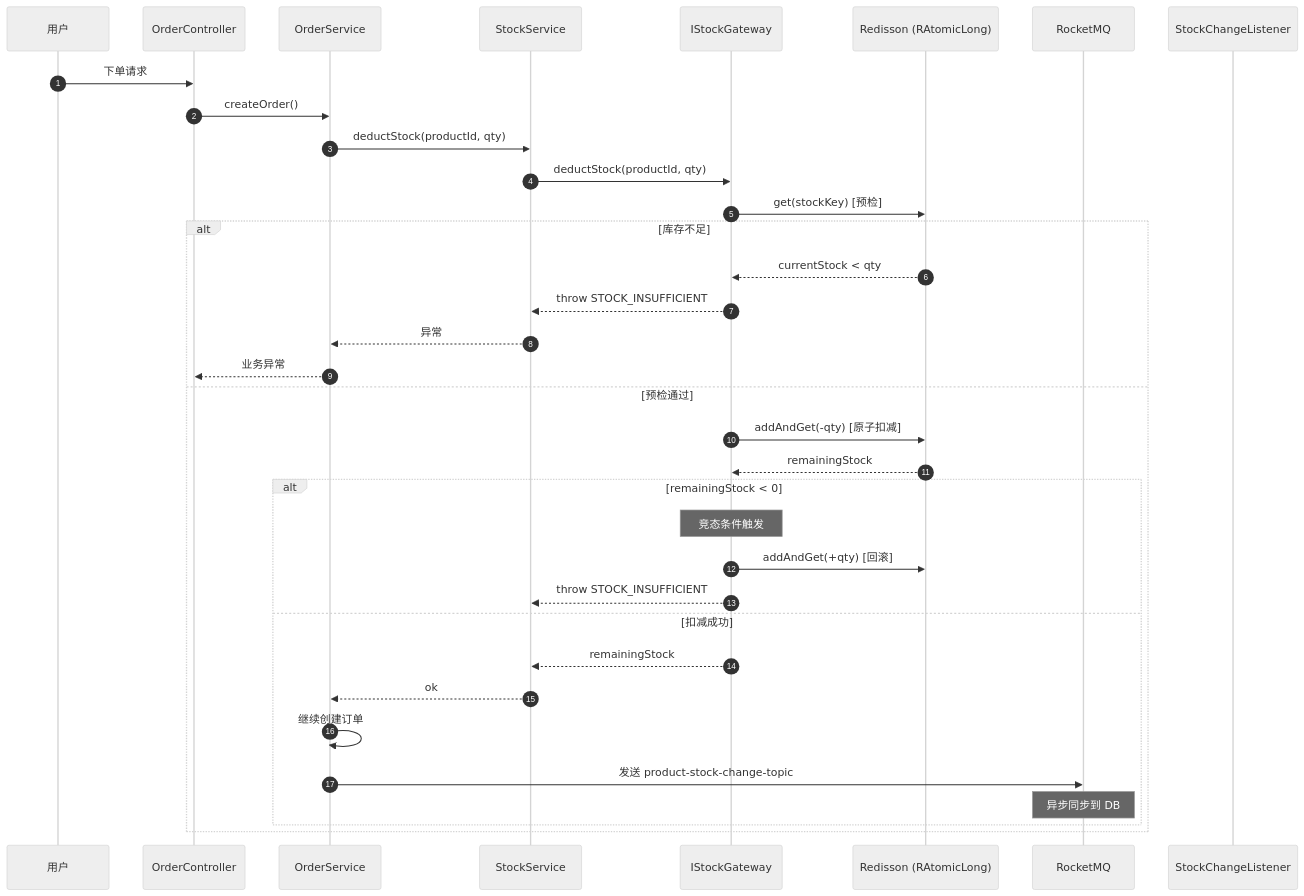
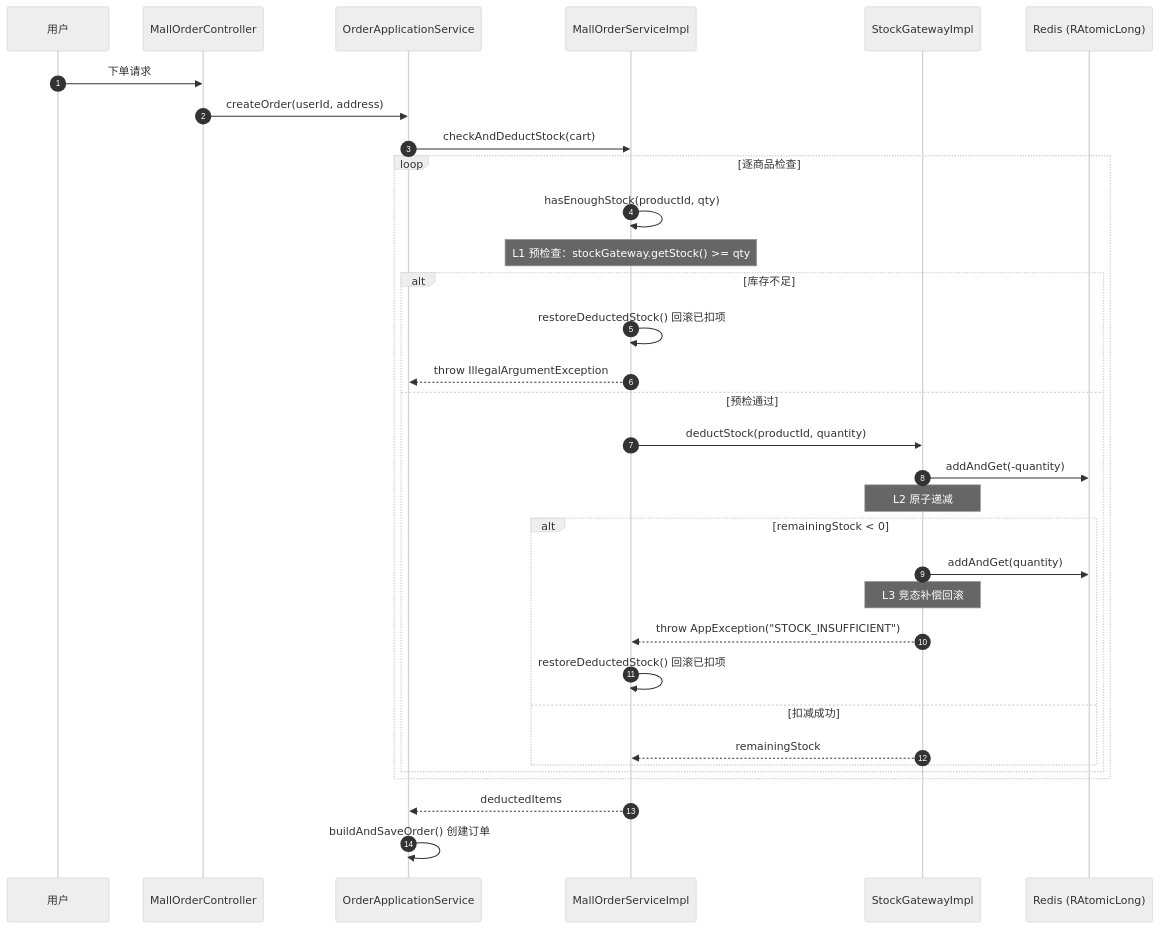
One commit to sxlva/s-pay-mall changed the first of 4 diagrams in docs/design/module-stock.md. Above: the diagram before and after it, drawn with Mermaid (neutral theme). The commit also changed other lines of this file and 9 other files, not shown here.

````diff
--- a/docs/design/module-stock.md
+++ b/docs/design/module-stock.md
@@ -30,39 +30,38 @@
 ```mermaid
 sequenceDiagram
     autonumber
     participant U as 用户
-    participant C as OrderController
-    participant S as OrderService
-    participant StockSvc as StockService
-    participant GW as IStockGateway
-    participant R as Redisson (RAtomicLong)
-    participant MQ as RocketMQ
-    participant Listener as StockChangeListener
+    participant C as MallOrderController
+    participant S as OrderApplicationService
+    participant M as MallOrderServiceImpl
+    participant Stock as StockGatewayImpl
+    participant R as Redis (RAtomicLong)
 
     U->>C: 下单请求
-    C->>S: createOrder()
-    S->>StockSvc: deductStock(productId, qty)
-    StockSvc->>GW: deductStock(productId, qty)
-    GW->>R: get(stockKey) [预检]
-    
-    alt 库存不足
-        R-->>GW: currentStock < qty
-        GW-->>StockSvc: throw STOCK_INSUFFICIENT
-        StockSvc-->>S: 异常
-        S-->>C: 业务异常
-    else 预检通过
-        GW->>R: addAndGet(-qty) [原子扣减]
-        R-->>GW: remainingStock
-        alt remainingStock < 0
-            Note over GW: 竞态条件触发
-            GW->>R: addAndGet(+qty) [回滚]
-            GW-->>StockSvc: throw STOCK_INSUFFICIENT
-        else 扣减成功
-            GW-->>StockSvc: remainingStock
-            StockSvc-->>S: ok
-            S->>S: 继续创建订单
-            S->>MQ: 发送 product-stock-change-topic
-            Note over MQ: 异步同步到 DB
+    C->>S: createOrder(userId, address)
+    S->>M: checkAndDeductStock(cart)
+
+    loop 逐商品检查
+        M->>M: hasEnoughStock(productId, qty)
+        Note over M: L1 预检查：stockGateway.getStock() >= qty
+        alt 库存不足
+            M->>M: restoreDeductedStock() 回滚已扣项
+            M-->>S: throw IllegalArgumentException
+        else 预检通过
+            M->>Stock: deductStock(productId, quantity)
+            Stock->>R: addAndGet(-quantity)
+            Note over Stock: L2 原子递减
+            alt remainingStock < 0
+                Stock->>R: addAndGet(quantity)
+                Note over Stock: L3 竞态补偿回滚
+                Stock-->>M: throw AppException("STOCK_INSUFFICIENT")
+                M->>M: restoreDeductedStock() 回滚已扣项
+            else 扣减成功
+                Stock-->>M: remainingStock
+            end
         end
     end
+
+    M-->>S: deductedItems
+    S->>S: buildAndSaveOrder() 创建订单
 ```
````
